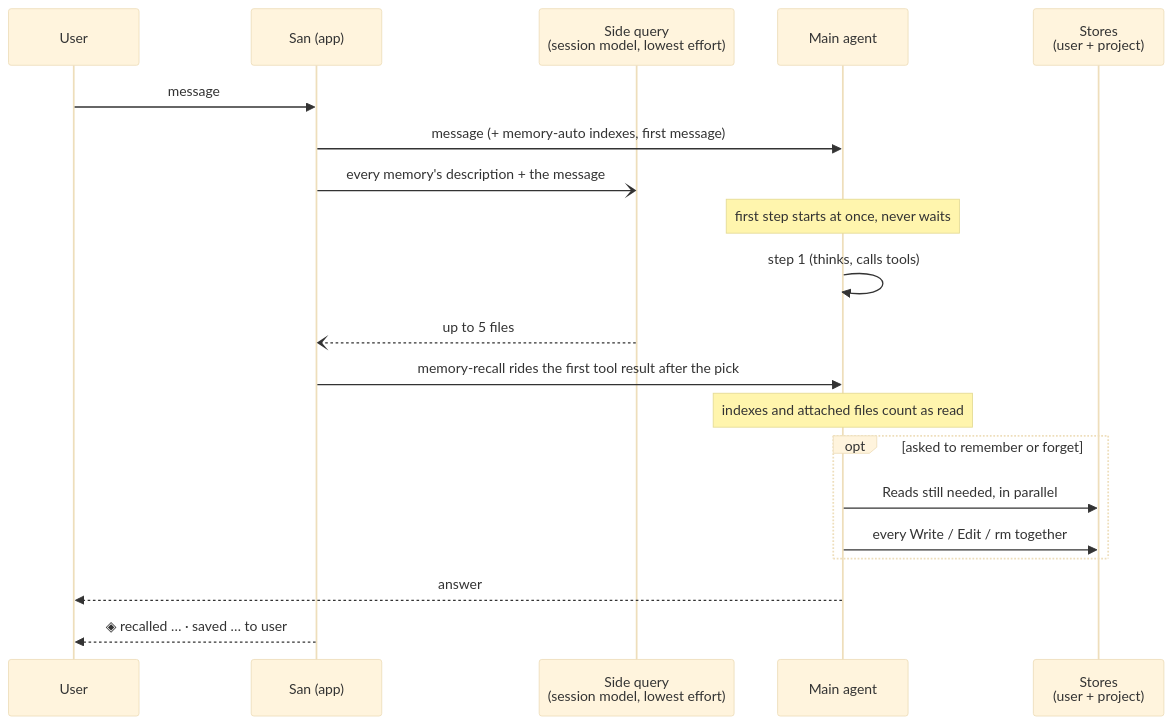
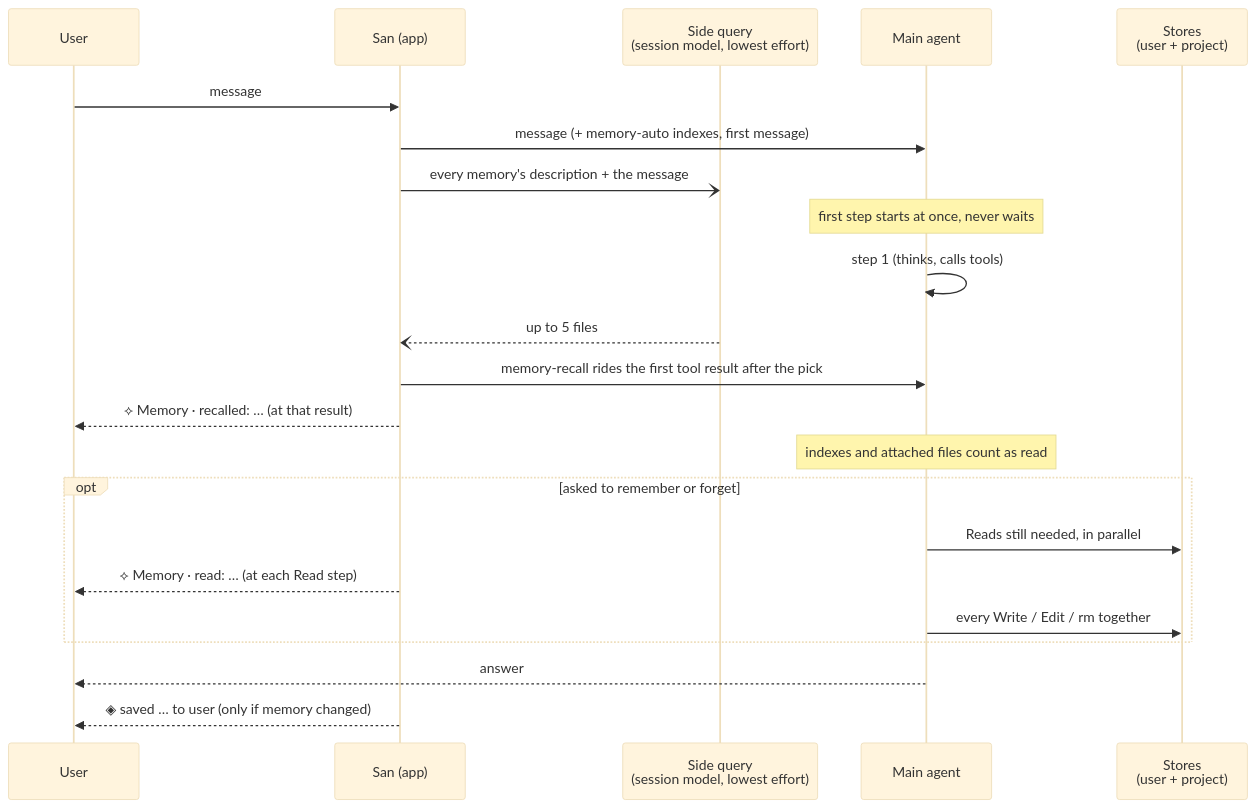
One commit to genai-io/san changed the diagram in docs/concepts/auto-memory.md. Above: the diagram before and after it, drawn with Mermaid (base theme). The commit also changed other lines of this file and 13 other files, not shown here.

First line of the commit message:
feat(tui): show memory use at the consuming step

````diff
--- a/docs/concepts/auto-memory.md
+++ b/docs/concepts/auto-memory.md
@@ -44,23 +44,25 @@
 ```mermaid
 sequenceDiagram
     participant U as User
     participant App as San (app)
     participant Sel as Side query<br/>(session model, lowest effort)
     participant A as Main agent
     participant S as Stores<br/>(user + project)
 
     U->>App: message
     App->>A: message (+ memory-auto indexes, first message)
     App-)Sel: every memory's description + the message
     Note over A: first step starts at once, never waits
     A->>A: step 1 (thinks, calls tools)
     Sel--)App: up to 5 files
     App->>A: memory-recall rides the first tool result after the pick
+    App-->>U: ⟡ Memory · recalled: … (at that result)
     Note over A: indexes and attached files count as read
     opt asked to remember or forget
         A->>S: Reads still needed, in parallel
+        App-->>U: ⟡ Memory · read: … (at each Read step)
         A->>S: every Write / Edit / rm together
     end
     A-->>U: answer
-    App-->>U: ◈ recalled … · saved … to user
+    App-->>U: ◈ saved … to user (only if memory changed)
 ```
````
